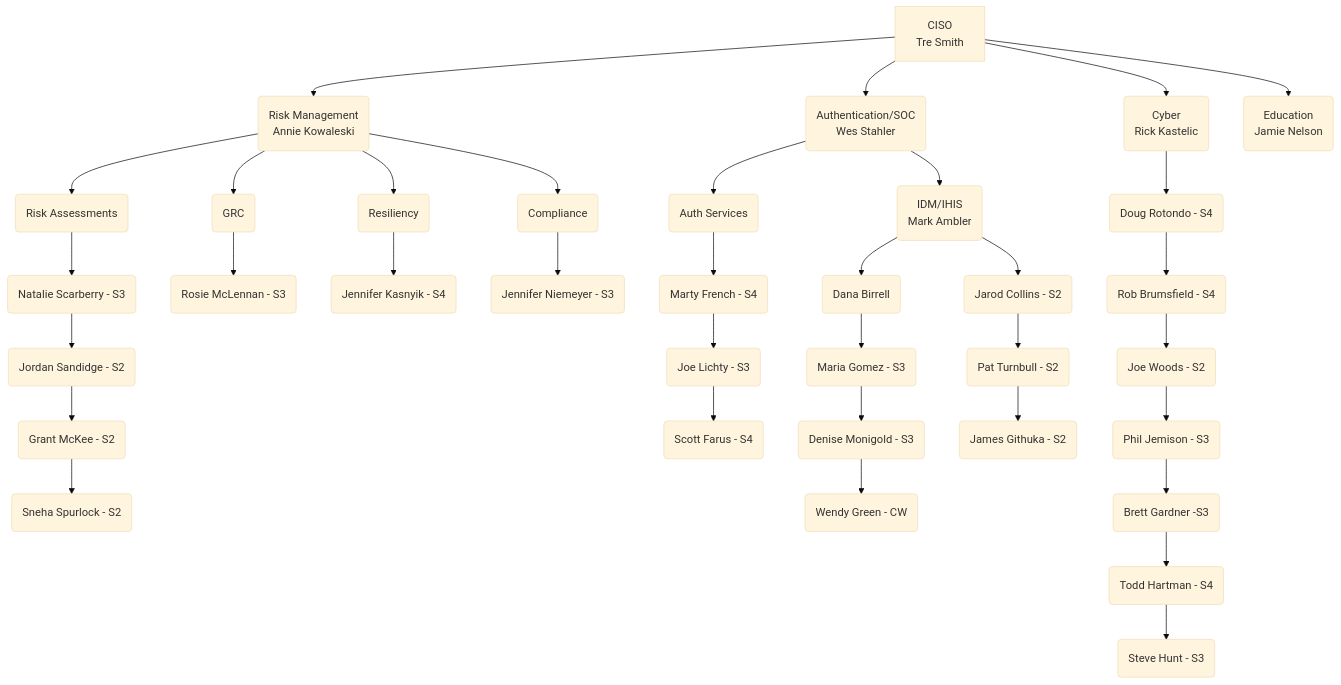
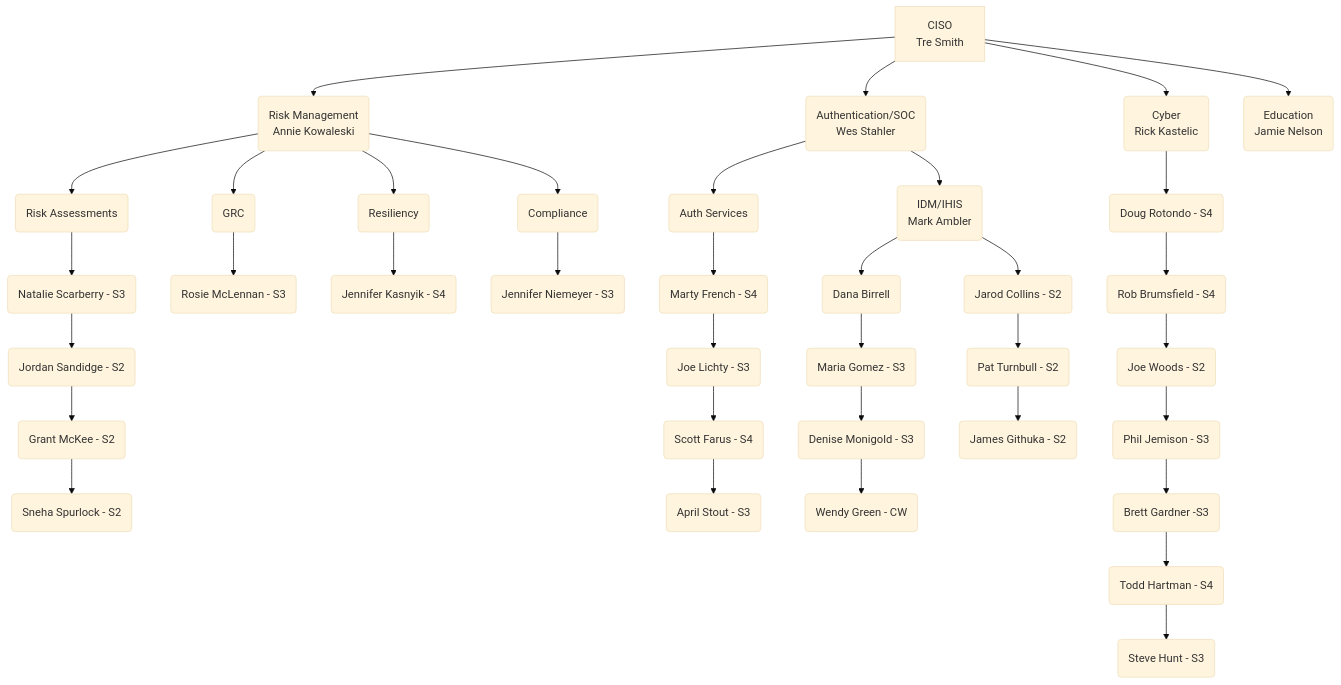
Before and after one commit to stahler/MermaidDiagrams: the diagram in CISO_Current.md, drawn with Mermaid (base theme). The commit also changed 1 other file, not shown here.

Commit message:
Update CISO_Future

````diff
--- a/CISO_Current.md
+++ b/CISO_Current.md
@@ -1,46 +1,47 @@
 ```mermaid
 flowchart TD
     A[CISO<br>Tre Smith] -->R(Risk Management<br>Annie Kowaleski)
     A -->DS(Authentication/SOC<br>Wes Stahler)
     A -->Sec(Cyber<br>Rick Kastelic)
     A --> Ed(Education<br>Jamie Nelson)
 
     %%  Risk Management Team
     R --> Risk(Risk Assessments)
     Risk --> NS(Natalie Scarberry - S3)
     NS --> JS(Jordan Sandidge - S2)
     JS --> GM(Grant McKee - S2)
     GM --> SS(Sneha Spurlock - S2)
 
     R --> GRC(GRC)
     GRC --> RM(Rosie McLennan - S3)
 
         R--> Res(Resiliency)
     Res --> JK(Jennifer Kasnyik - S4)
         
     R --> C(Compliance)
     C --> JN(Jennifer Niemeyer - S3)
     
     %% Identity, Etc.    
     DS --> AD(Auth Services)
     AD --> MF(Marty French - S4)
     MF --> JL(Joe Lichty - S3)
     JL --> SF(Scott Farus - S4)
+    SF --> AS(April Stout - S3)
     
     DS --> IAM(IDM/IHIS<br> Mark Ambler)
     IAM --> DB(Dana Birrell)
     DB -->MG(Maria Gomez - S3)
     MG -->DM(Denise Monigold - S3)
     DM -->WG(Wendy Green - CW)
     IAM -->JC(Jarod Collins - S2)
     JC -->PT(Pat Turnbull - S2)
     PT -->JG(James Githuka - S2)
     
     Sec --> DR(Doug Rotondo - S4)
     DR --> RB(Rob Brumsfield - S4)
     RB--> JW(Joe Woods - S2)
     JW --> PJ(Phil Jemison - S3)
     PJ --> BG(Brett Gardner -S3)
     BG --> TH(Todd Hartman - S4)
     TH --> SH(Steve Hunt - S3)
 ```
````
